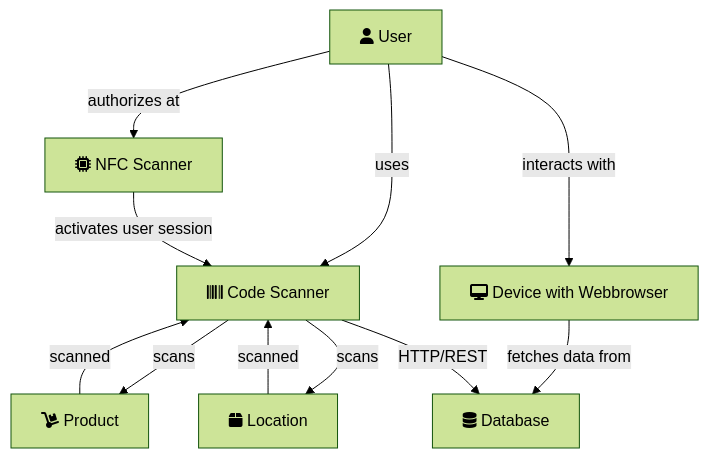
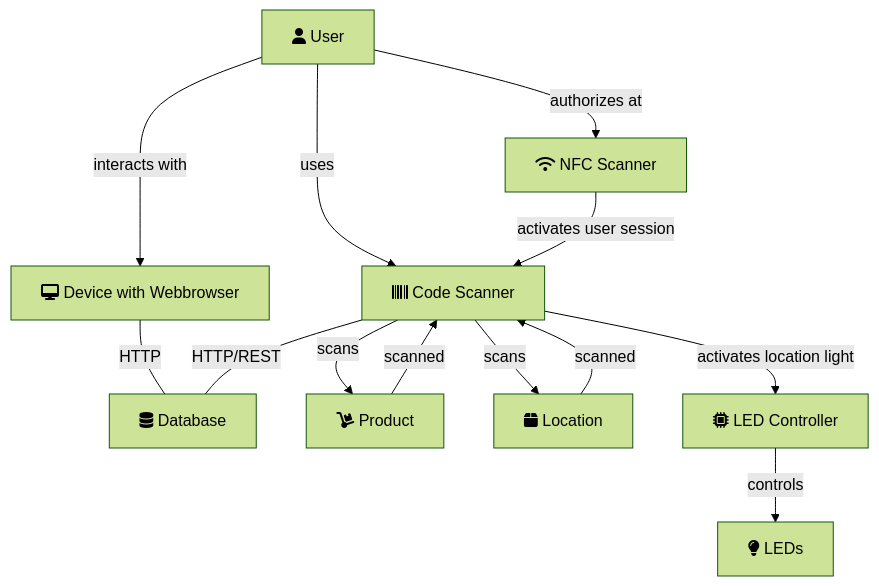
Before and after one commit to nikcani/io-terminal: the diagram in README.md, drawn with Mermaid (forest theme).

Commit message:
add leds to architecture

````diff
--- a/README.md
+++ b/README.md
@@ -11,20 +11,24 @@
 ```mermaid
 graph TD;
 A[fa:fa-database Database];
 B[fa:fa-barcode Code Scanner];
 C[fa:fa-user User];
 D[fa:fa-desktop Device with Webbrowser];
-E[fa:fa-microchip NFC Scanner];
-F[fa:fa-dolly Product]
-G[fa:fa-box Location]
-D-->|fetches data from|A;
+E[fa:fa-wifi NFC Scanner];
+F[fa:fa-dolly Product];
+G[fa:fa-box Location];
+H[fa:fa-microchip LED Controller];
+I[fa:fa-lightbulb LEDs];
+D---|HTTP|A;
 C-->|uses|B;
 C-->|interacts with|D;
 C-->|authorizes at|E;
 E-->|activates user session|B;
 B-->|scans|F;
 F-->|scanned|B;
 B-->|scans|G;
 G-->|scanned|B;
-B-->|HTTP/REST|A;
+B---|HTTP/REST|A;
+H-->|controls|I;
+B-->|activates location light|H;
 ```
````
